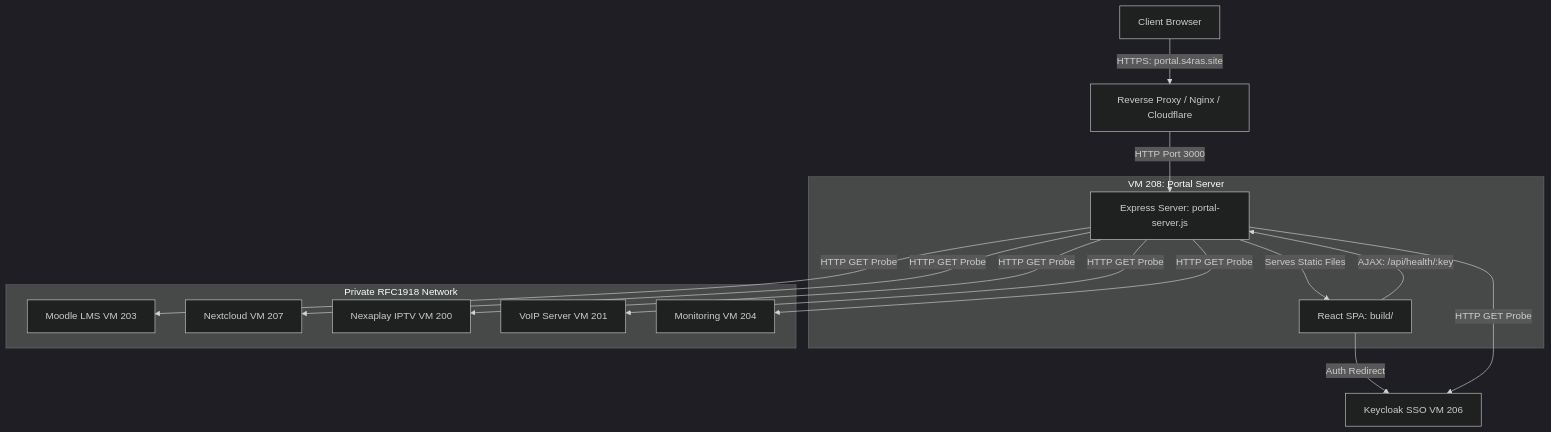
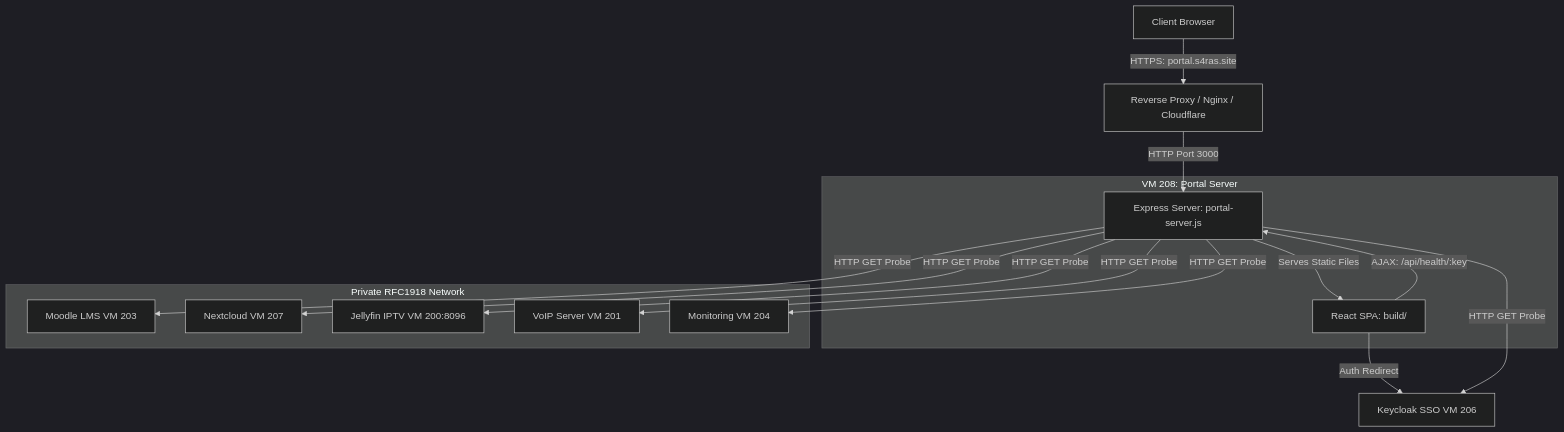
The first of 3 diagrams in PORTAL.md (rhaffle87/Portal-SARAS), drawn with Mermaid (dark theme) before and after one commit. The commit also changed 3 other files, not shown here.

Commit message:
feat: add service configuration, deployment scripts, and comprehensive system architecture documentation

````diff
--- a/PORTAL.md
+++ b/PORTAL.md
@@ -11,35 +11,35 @@
 ```mermaid
 graph TD
     Client[Client Browser]
     Proxy[Reverse Proxy / Nginx / Cloudflare]
     SSO[Keycloak SSO VM 206]
     
     subgraph VM_208 [VM 208: Portal Server]
         Express[Express Server: portal-server.js]
         ReactApp[React SPA: build/]
     end
     
     subgraph Internal_Network [Private RFC1918 Network]
         Moodle[Moodle LMS VM 203]
         Cloud[Nextcloud VM 207]
-        IPTV[Nexaplay IPTV VM 200]
+        IPTV[Jellyfin IPTV VM 200:8096]
         VoIP[VoIP Server VM 201]
         Monitor[Monitoring VM 204]
     end
 
     Client -->|HTTPS: portal.s4ras.site| Proxy
     Proxy -->|HTTP Port 3000| Express
     Express -->|Serves Static Files| ReactApp
     
     %% Authentication
     ReactApp -->|Auth Redirect| SSO
     
     %% Health Probes
     ReactApp -->|AJAX: /api/health/:key| Express
     Express -->|HTTP GET Probe| Moodle
     Express -->|HTTP GET Probe| SSO
     Express -->|HTTP GET Probe| Cloud
     Express -->|HTTP GET Probe| IPTV
     Express -->|HTTP GET Probe| VoIP
     Express -->|HTTP GET Probe| Monitor
 ```
````
